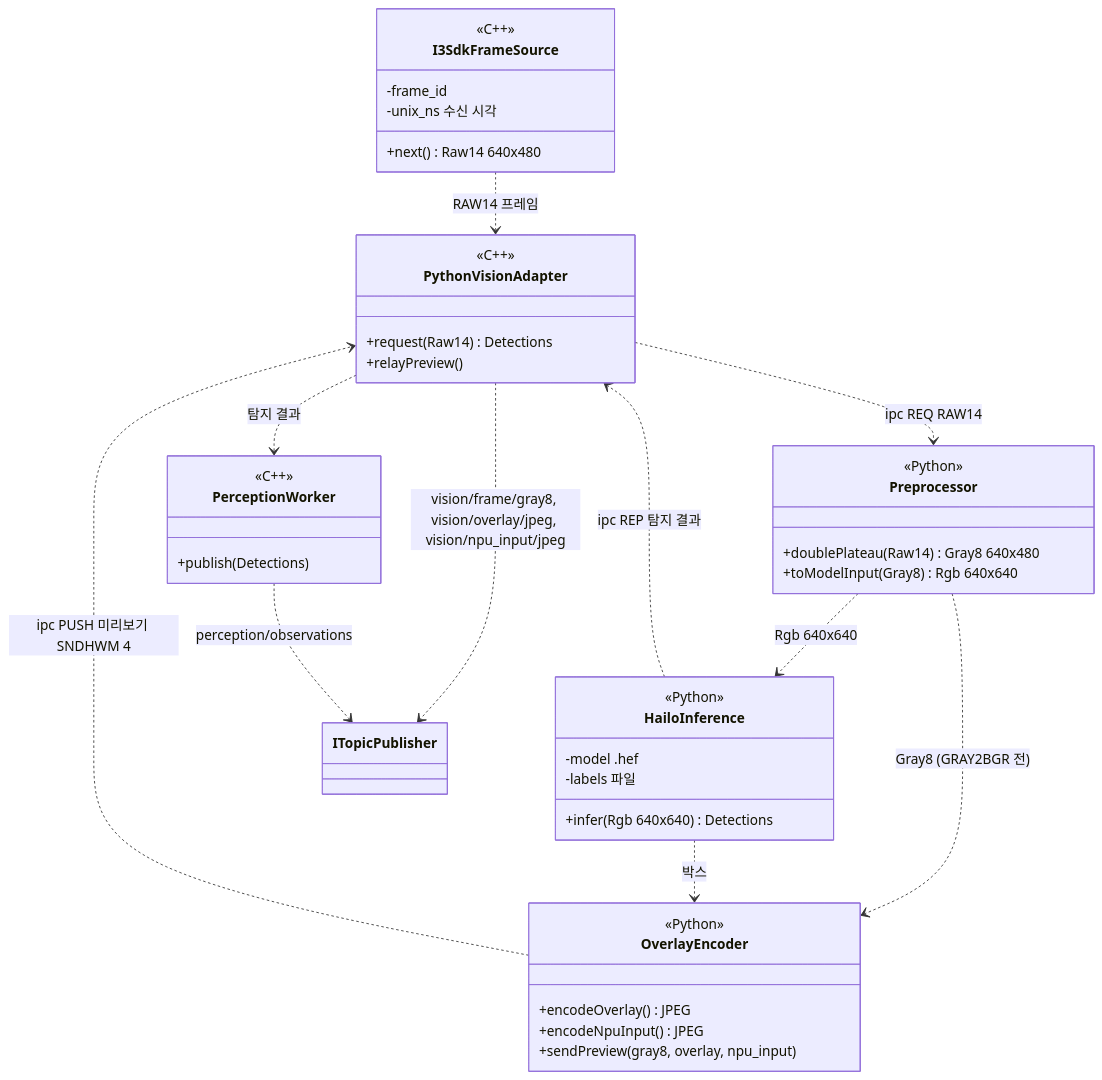
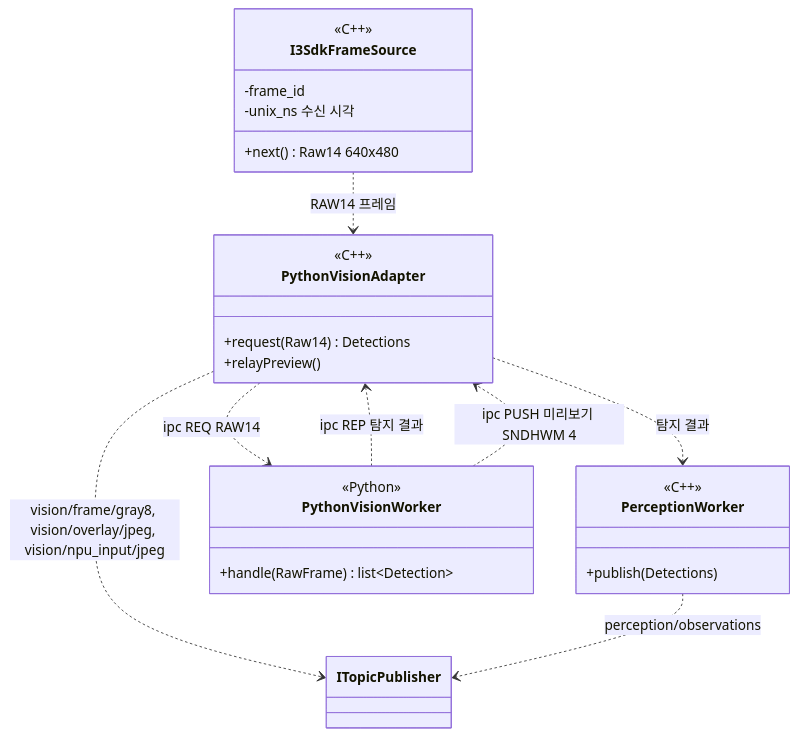
The first of 2 diagrams in docs/design/uml/class_vision.md (lig-argus/argus-edge-vision), drawn with Mermaid before and after one commit. The commit also changed other lines of this file and 11 other files, not shown here.

````diff
--- a/docs/design/uml/class_vision.md
+++ b/docs/design/uml/class_vision.md
@@ -10,46 +12,30 @@
 ```mermaid
 classDiagram
     class I3SdkFrameSource {
         <<C++>>
         +next() Raw14 640x480
         -frame_id
         -unix_ns 수신 시각
     }
     class PythonVisionAdapter {
         <<C++>>
         +request(Raw14) Detections
         +relayPreview()
     }
     class PerceptionWorker {
         <<C++>>
         +publish(Detections)
     }
-    class Preprocessor {
+    class PythonVisionWorker {
         <<Python>>
-        +doublePlateau(Raw14) Gray8 640x480
-        +toModelInput(Gray8) Rgb 640x640
-    }
-    class HailoInference {
-        <<Python>>
-        -model .hef
-        -labels 파일
-        +infer(Rgb 640x640) Detections
-    }
-    class OverlayEncoder {
-        <<Python>>
-        +encodeOverlay() JPEG
-        +encodeNpuInput() JPEG
-        +sendPreview(gray8, overlay, npu_input)
+        +handle(RawFrame) list~Detection~
     }
 
     I3SdkFrameSource ..> PythonVisionAdapter : RAW14 프레임
-    PythonVisionAdapter ..> Preprocessor : ipc REQ RAW14
-    Preprocessor ..> HailoInference : Rgb 640x640
-    Preprocessor ..> OverlayEncoder : Gray8 (GRAY2BGR 전)
-    HailoInference ..> PythonVisionAdapter : ipc REP 탐지 결과
-    HailoInference ..> OverlayEncoder : 박스
-    OverlayEncoder ..> PythonVisionAdapter : ipc PUSH 미리보기 SNDHWM 4
+    PythonVisionAdapter ..> PythonVisionWorker : ipc REQ RAW14
+    PythonVisionWorker ..> PythonVisionAdapter : ipc REP 탐지 결과
+    PythonVisionWorker ..> PythonVisionAdapter : ipc PUSH 미리보기 SNDHWM 4
     PythonVisionAdapter ..> PerceptionWorker : 탐지 결과
     PythonVisionAdapter ..> ITopicPublisher : vision/frame/gray8, vision/overlay/jpeg, vision/npu_input/jpeg
     PerceptionWorker ..> ITopicPublisher : perception/observations
 ```
````
